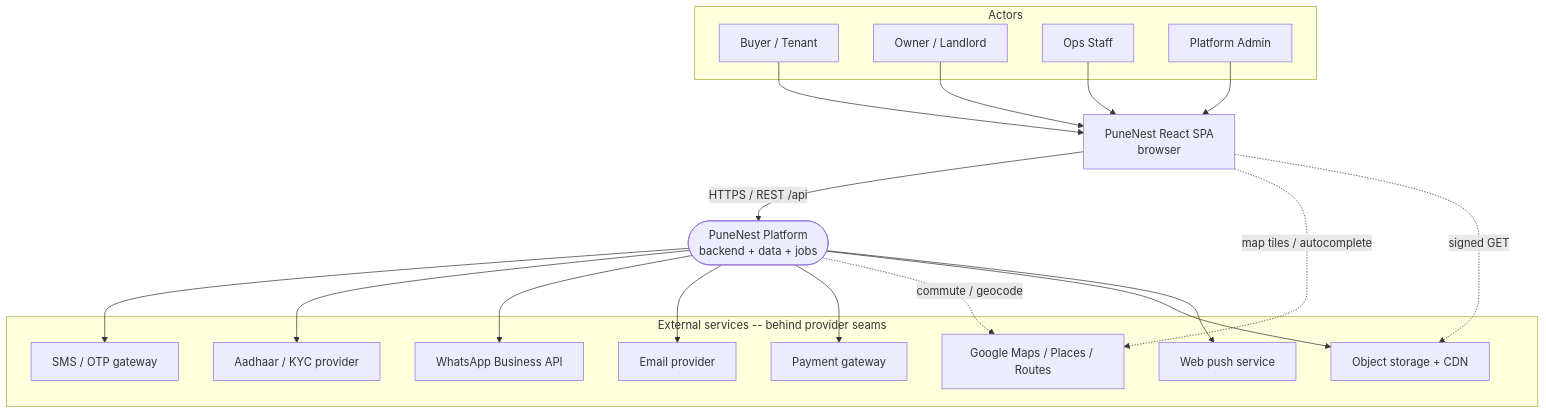
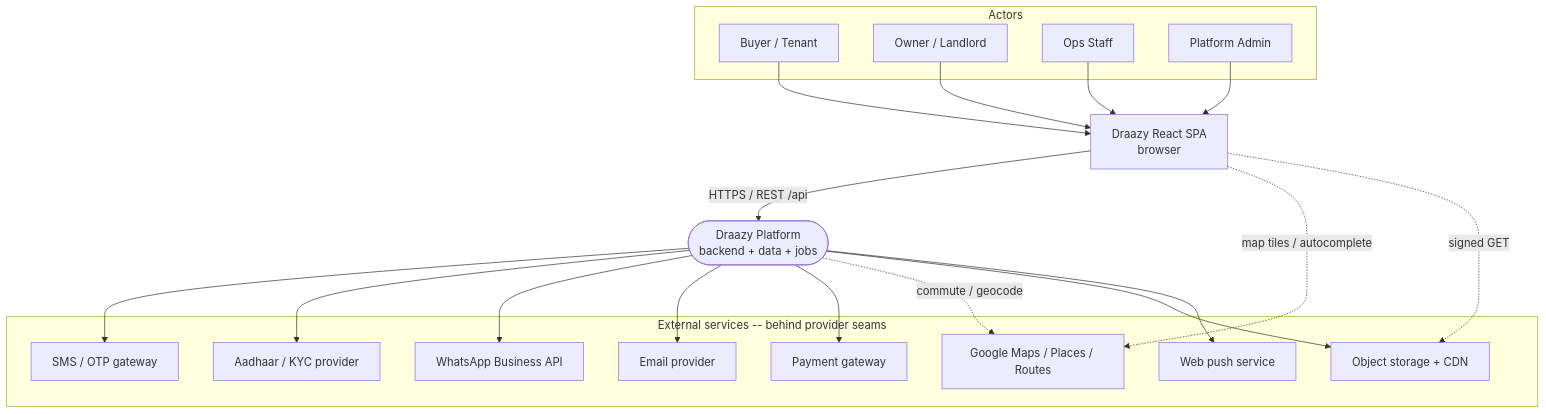
One commit to yatishpatil101/Learning changed the first of 11 diagrams in docs/system/platform-architecture.md. Above: the diagram before and after it, drawn with Mermaid. The commit also changed other lines of this file and 959 other files, not shown here.

Commit message:
refactor: migration 22 — rename PuneNest to Draazy (partial)

````diff
--- a/docs/system/platform-architecture.md
+++ b/docs/system/platform-architecture.md
@@ -89,40 +89,40 @@
 ```mermaid
 graph TB
     subgraph Actors
         BUYER[Buyer / Tenant]
         OWNER[Owner / Landlord]
         STAFF[Ops Staff]
         ADMIN[Platform Admin]
     end
 
-    SPA[PuneNest React SPA<br/>browser]
-    PLATFORM([PuneNest Platform<br/>backend + data + jobs])
+    SPA[Draazy React SPA<br/>browser]
+    PLATFORM([Draazy Platform<br/>backend + data + jobs])
 
     BUYER --> SPA
     OWNER --> SPA
     STAFF --> SPA
     ADMIN --> SPA
     SPA -->|HTTPS / REST /api| PLATFORM
 
     subgraph External[External services -- behind provider seams]
         SMS[SMS / OTP gateway]
         AADHAAR[Aadhaar / KYC provider]
         WA[WhatsApp Business API]
         EMAIL[Email provider]
         PAY[Payment gateway]
         MAPS[Google Maps / Places / Routes]
         OBJ[Object storage + CDN]
         PUSH[Web push service]
     end
 
     PLATFORM --> SMS
     PLATFORM --> AADHAAR
     PLATFORM --> WA
     PLATFORM --> EMAIL
     PLATFORM --> PAY
     SPA -.map tiles / autocomplete.-> MAPS
     PLATFORM -.commute / geocode.-> MAPS
     PLATFORM --> OBJ
     SPA -.signed GET.-> OBJ
     PLATFORM --> PUSH
 ```
````
